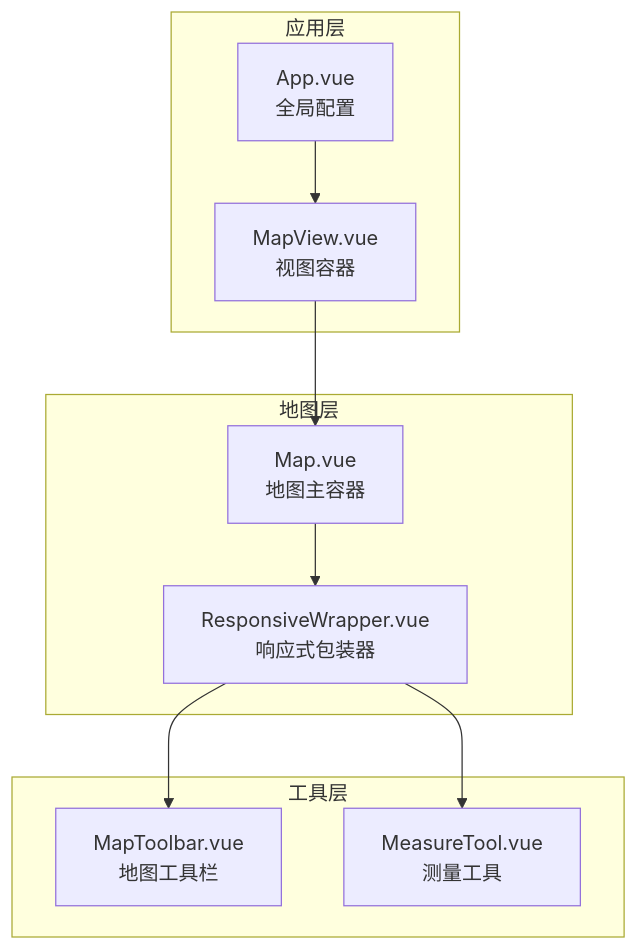
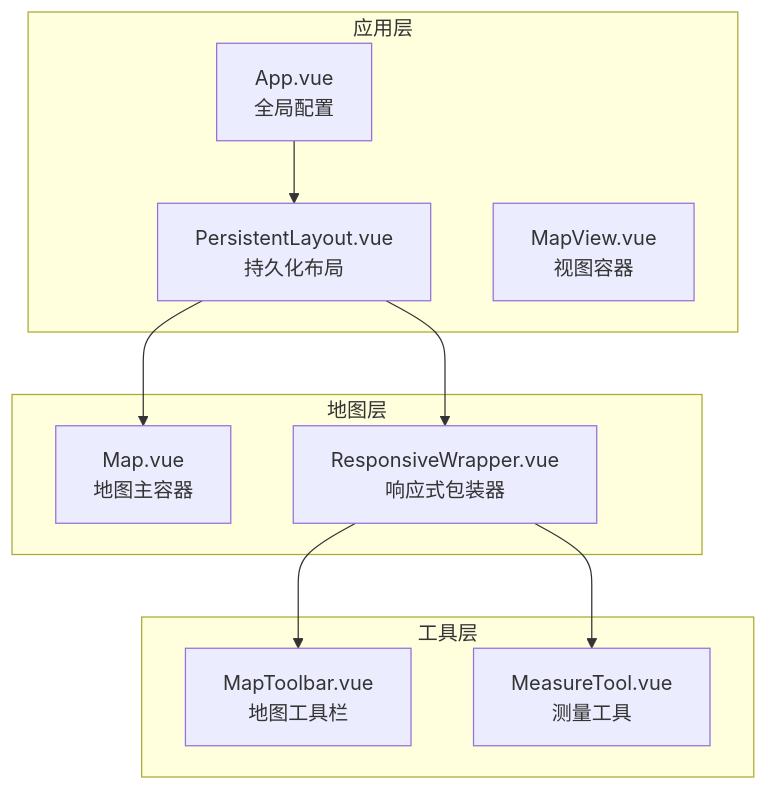
One commit to zhibo1997/government-dashboard changed the first of 13 diagrams in .qoder/repowiki/zh/content/核心组件架构/响应式包装器.md. Above: the diagram before and after it, drawn with Mermaid. The commit also changed other lines of this file and 28 other files, not shown here.

````diff
--- a/.qoder/repowiki/zh/content/核心组件架构/响应式包装器.md
+++ b/.qoder/repowiki/zh/content/核心组件架构/响应式包装器.md
@@ -41,20 +53,21 @@
 ```mermaid
 graph TB
 subgraph "应用层"
 App[App.vue<br/>全局配置]
+PersistentLayout[PersistentLayout.vue<br/>持久化布局]
 View[MapView.vue<br/>视图容器]
 end
 subgraph "地图层"
 Map[Map.vue<br/>地图主容器]
 Wrapper[ResponsiveWrapper.vue<br/>响应式包装器]
 end
 subgraph "工具层"
 Toolbar[MapToolbar.vue<br/>地图工具栏]
 Measure[MeasureTool.vue<br/>测量工具]
 end
-App --> View
-View --> Map
-Map --> Wrapper
+App --> PersistentLayout
+PersistentLayout --> Map
+PersistentLayout --> Wrapper
 Wrapper --> Toolbar
 Wrapper --> Measure
 ```
````
